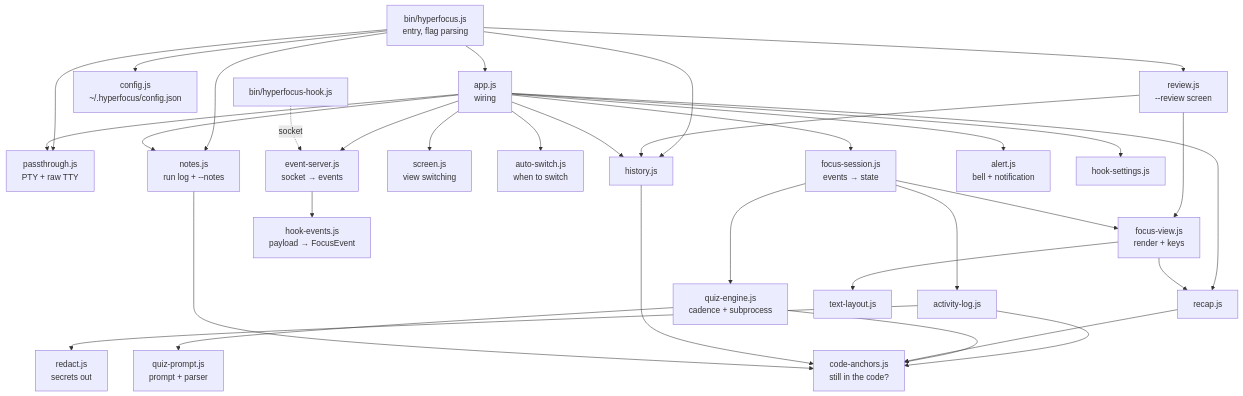
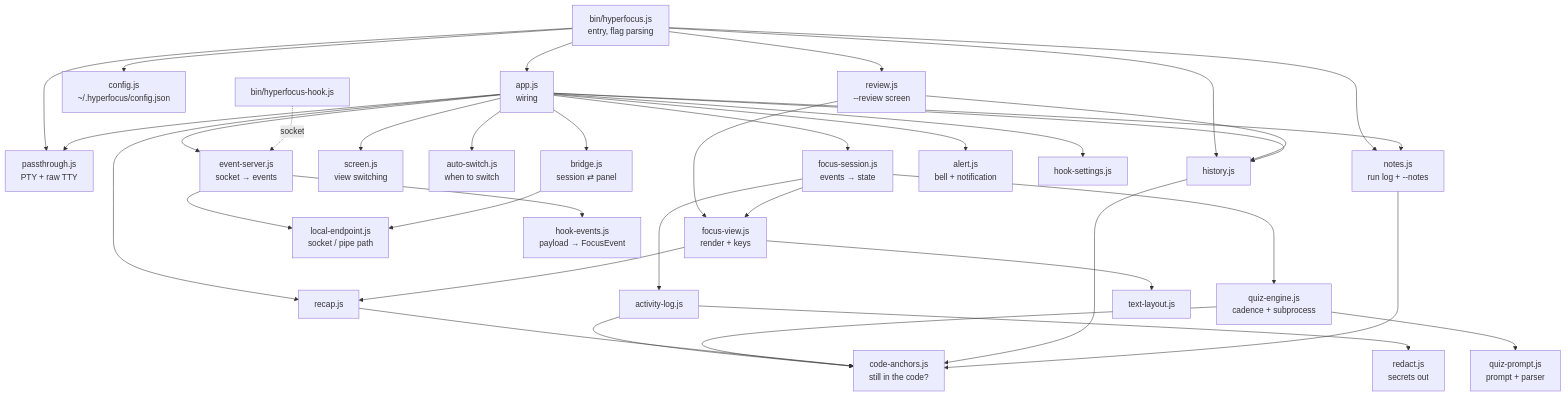
One commit to TEJASVISJAIN/hyperfocus changed the third of 13 diagrams in docs/ARCHITECTURE.md. Above: the diagram before and after it, drawn with Mermaid. The commit also changed other lines of this file and 9 other files, not shown here.

First line of the commit message:
Panel bridge: publish live session state and accept actions over a local socket

````diff
--- a/docs/ARCHITECTURE.md
+++ b/docs/ARCHITECTURE.md
@@ -116,35 +120,38 @@
 ```mermaid
 flowchart TB
     bin[bin/hyperfocus.js<br/>entry, flag parsing] --> app[app.js<br/>wiring]
     bin --> passthrough
     bin --> history
     bin --> config[config.js<br/>~/.hyperfocus/config.json]
     bin --> notes[notes.js<br/>run log + --notes]
     bin --> review[review.js<br/>--review screen]
     review --> view
     review --> history
     app --> notes
     app --> passthrough[passthrough.js<br/>PTY + raw TTY]
     app --> screen[screen.js<br/>view switching]
     app --> autoswitch[auto-switch.js<br/>when to switch]
     app --> server[event-server.js<br/>socket → events]
+    app --> bridge[bridge.js<br/>session ⇄ panel]
+    server --> endpoint[local-endpoint.js<br/>socket / pipe path]
+    bridge --> endpoint
     app --> session[focus-session.js<br/>events → state]
     app --> recap[recap.js]
     app --> alert[alert.js<br/>bell + notification]
     app --> history[history.js]
     app --> hooksettings[hook-settings.js]
     server --> hookevents[hook-events.js<br/>payload → FocusEvent]
     session --> activity[activity-log.js]
     activity --> redact[redact.js<br/>secrets out]
     activity --> anchors[code-anchors.js<br/>still in the code?]
     engine --> anchors
     recap --> anchors
     history --> anchors
     notes --> anchors
     session --> engine[quiz-engine.js<br/>cadence + subprocess]
     session --> view[focus-view.js<br/>render + keys]
     engine --> prompt[quiz-prompt.js<br/>prompt + parser]
     view --> recap
     view --> layout[text-layout.js]
     hookbin[bin/hyperfocus-hook.js] -. socket .-> server
 ```
````
